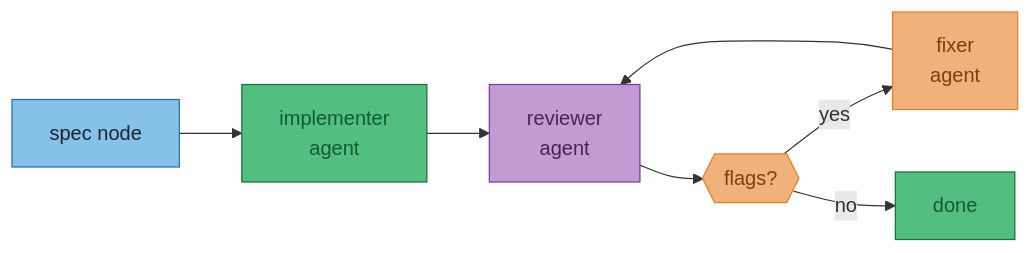
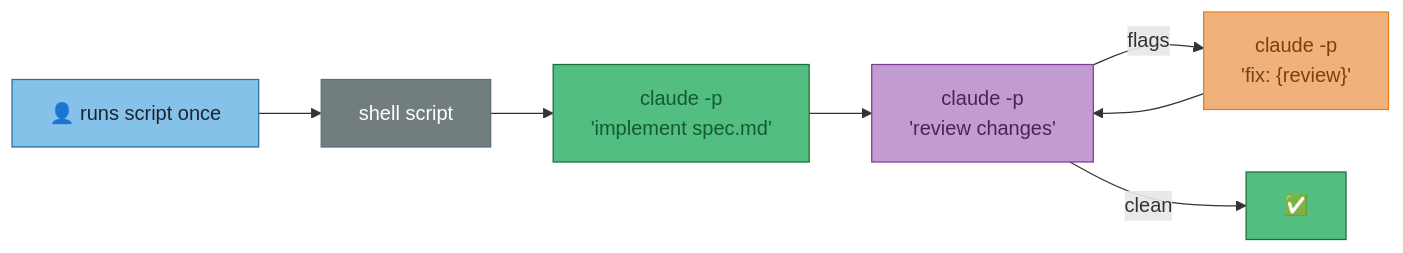
The fifth of 5 diagrams in docs/appendix/adr/001-claude-code-orchestration.md (joeledwardson/dev-setup), drawn with Mermaid before and after one commit. The commit also changed other lines of this file and 1 other file, not shown here.

````diff
--- a/docs/appendix/adr/001-claude-code-orchestration.md
+++ b/docs/appendix/adr/001-claude-code-orchestration.md
@@ -216,20 +146,19 @@
 ```mermaid
 flowchart LR
-    SPEC["spec node"]
-    IMPL["implementer\nagent"]
-    REV["reviewer\nagent"]
-    COND{{"flags?"}}
-    FIX["fixer\nagent"]
-    DONE["done"]
+    H["👤 runs script once"]
+    S["shell script"]
+    C1["claude -p\n'implement spec.md'"]
+    C2["claude -p\n'review changes'"]
+    C3["claude -p\n'fix: {review}'"]
 
-    SPEC --> IMPL --> REV --> COND
-    COND -->|yes| FIX --> REV
-    COND -->|no| DONE
+    H --> S --> C1 --> C2
+    C2 -->|flags| C3 --> C2
+    C2 -->|clean| DONE["✅"]
 
-    style SPEC fill:#85c1e9,color:#1a252f,stroke:#2471a3
-    style IMPL fill:#52be80,color:#145a32,stroke:#196f3d
-    style REV fill:#c39bd3,color:#4a235a,stroke:#7d3c98
-    style COND fill:#f0b27a,color:#784212,stroke:#e67e22
-    style FIX fill:#f0b27a,color:#784212,stroke:#e67e22
+    style H fill:#85c1e9,color:#1a252f,stroke:#2471a3
+    style S fill:#717d7e,color:#fff,stroke:#5d6d7e
+    style C1 fill:#52be80,color:#145a32,stroke:#196f3d
+    style C2 fill:#c39bd3,color:#4a235a,stroke:#7d3c98
+    style C3 fill:#f0b27a,color:#784212,stroke:#e67e22
     style DONE fill:#52be80,color:#145a32,stroke:#196f3d
 ```
````
